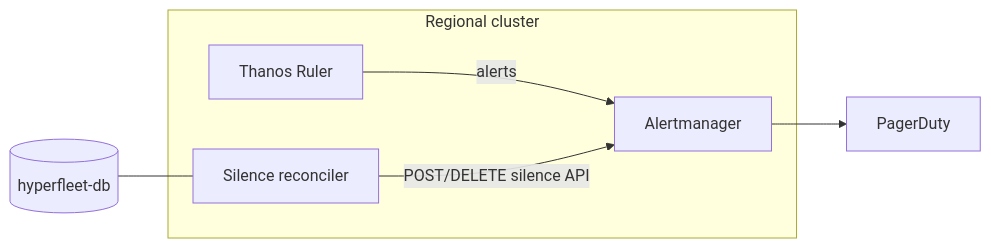
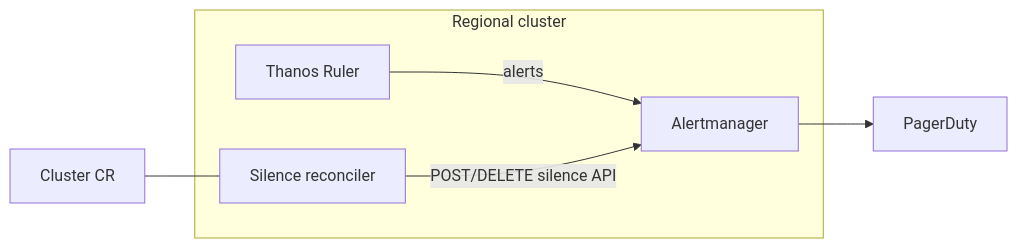
One commit to openshift-online/rosa-hyperfleet changed the diagram in docs/design/lifecycle-alert-silencing.md. Above: the diagram before and after it, drawn with Mermaid. The commit also changed other lines of this file, not shown here.

First line of the commit message:
docs: make silence reconciler stateless per review

````diff
--- a/docs/design/lifecycle-alert-silencing.md
+++ b/docs/design/lifecycle-alert-silencing.md
@@ -32,12 +33,12 @@
 ```mermaid
 flowchart LR
   subgraph RC["Regional cluster"]
     Reconciler["Silence reconciler"]
     AM["Alertmanager"]
     TR["Thanos Ruler"]
     TR -->|alerts| AM
     Reconciler -->|POST/DELETE silence API| AM
   end
-  DB[(hyperfleet-db)] --- Reconciler
+  Cluster["Cluster CR"] --- Reconciler
   AM --> PD[PagerDuty]
 ```
````
